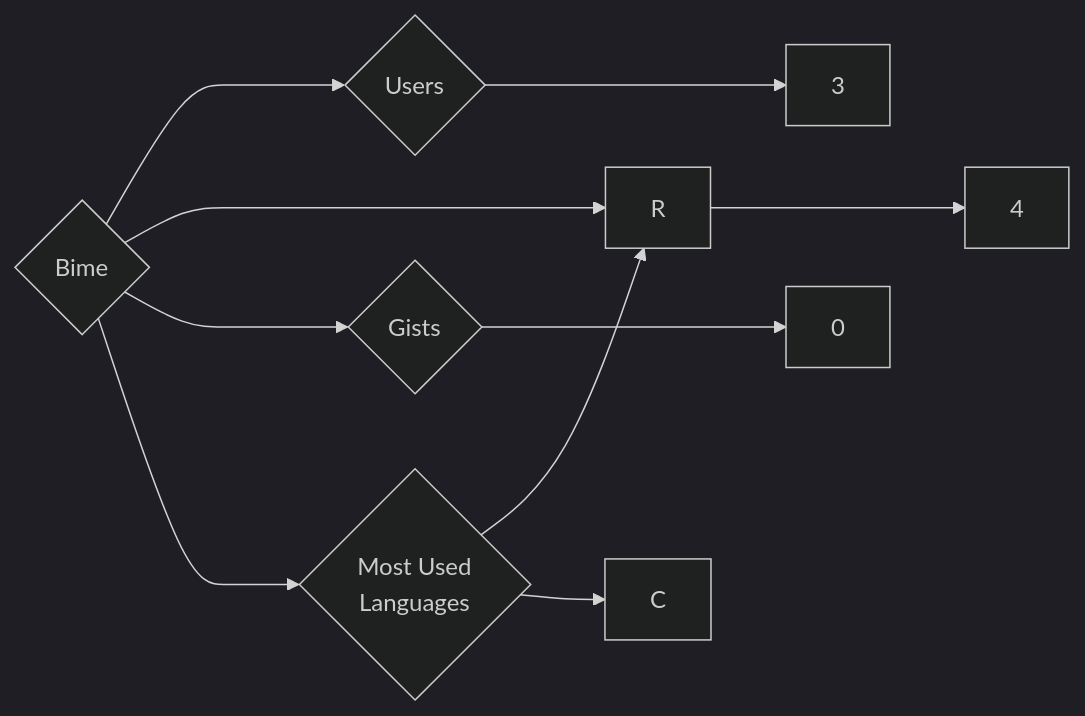
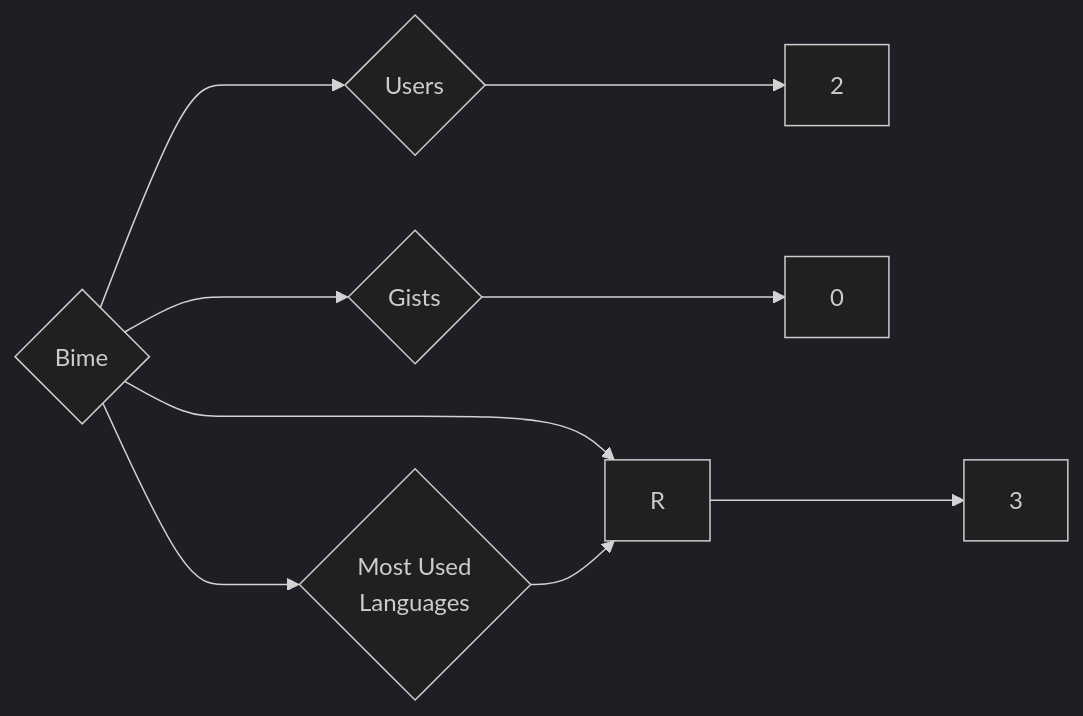
Before and after one commit to trickest/insiders: the diagram in targets/Bime/README.md, drawn with Mermaid (dark theme). The commit also changed 845 other files, not shown here.

````diff
--- a/targets/Bime/README.md
+++ b/targets/Bime/README.md
@@ -3,10 +3,9 @@
 ```mermaid
 graph LR
 COMPANY_NAME{Bime}
-COMPANY_NAME ---> U{Users} ---> UN[3]
-COMPANY_NAME ---> R{Repositories} ---> RN[4]
+COMPANY_NAME ---> U{Users} ---> UN[2]
+COMPANY_NAME ---> R{Repositories} ---> RN[3]
 COMPANY_NAME ---> G{Gists} ---> GN[0]
 COMPANY_NAME ---> ML{Most Used<br>Languages}
 ML --> R[R]
-ML --> C[C]
 ```
````
